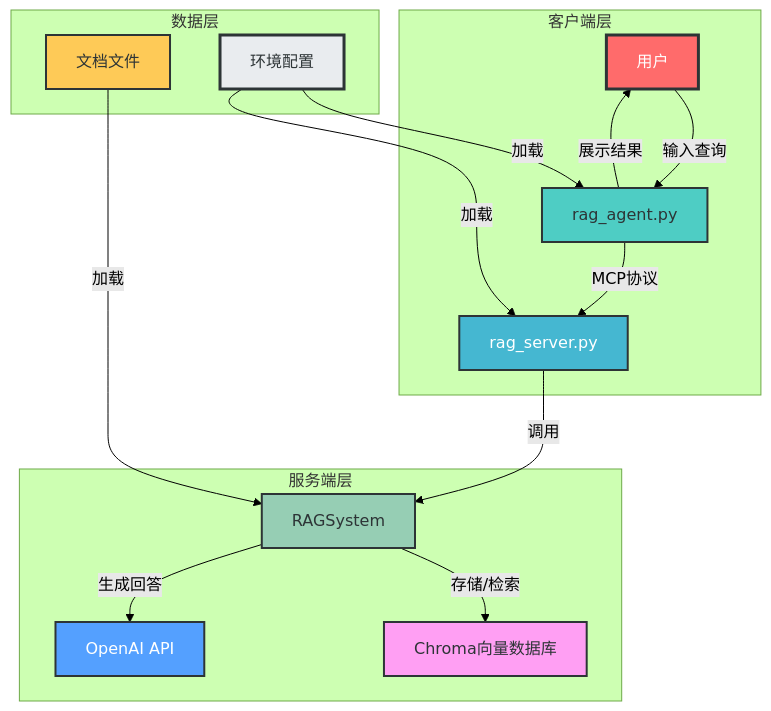
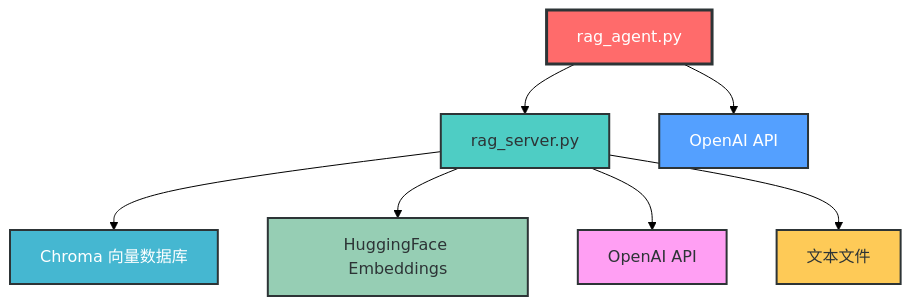
Before and after one commit to amuqiao/mcp_rag_llm: the first of 4 diagrams in mcp_rag_langchain/README.md, drawn with Mermaid (forest theme). The commit also changed other lines of this file and 4 other files, not shown here.

````diff
--- a/mcp_rag_langchain/README.md
+++ b/mcp_rag_langchain/README.md
@@ -84,29 +113,17 @@
 ```mermaid
-flowchart TD
-    subgraph 客户端层
-        A[用户] -->|输入查询| B[rag_agent.py]
-        B -->|展示结果| A
-        B -->|MCP协议| C[rag_server.py]
-    end
-    
-    subgraph 服务端层
-        C -->|调用| D[RAGSystem]
-        D -->|存储/检索| E[Chroma向量数据库]
-        D -->|生成回答| F[OpenAI API]
-    end
-    
-    subgraph 数据层
-        G[文档文件] -->|加载| D
-        H[环境配置] -->|加载| B
-        H -->|加载| C
-    end
+graph TD
+    A[rag_agent.py] --> B[rag_server.py]
+    B --> C[Chroma 向量数据库]
+    B --> D[HuggingFace Embeddings]
+    B --> E[OpenAI API]
+    A --> F[OpenAI API]
+    B --> G[文本文件]
     
     style A fill:#FF6B6B,stroke:#2D3436,stroke-width:3px,color:white
     style B fill:#4ECDC4,stroke:#2D3436,stroke-width:2px,color:#2D3436
     style C fill:#45B7D1,stroke:#2D3436,stroke-width:2px,color:white
     style D fill:#96CEB4,stroke:#2D3436,stroke-width:2px,color:#2D3436
     style E fill:#FF9FF3,stroke:#2D3436,stroke-width:2px,color:#2D3436
     style F fill:#54A0FF,stroke:#2D3436,stroke-width:2px,color:white
     style G fill:#FECA57,stroke:#2D3436,stroke-width:2px,color:#2D3436
-    style H fill:#E9ECEF,stroke:#2D3436,stroke-width:3px,color:#2D3436
 ```
````
